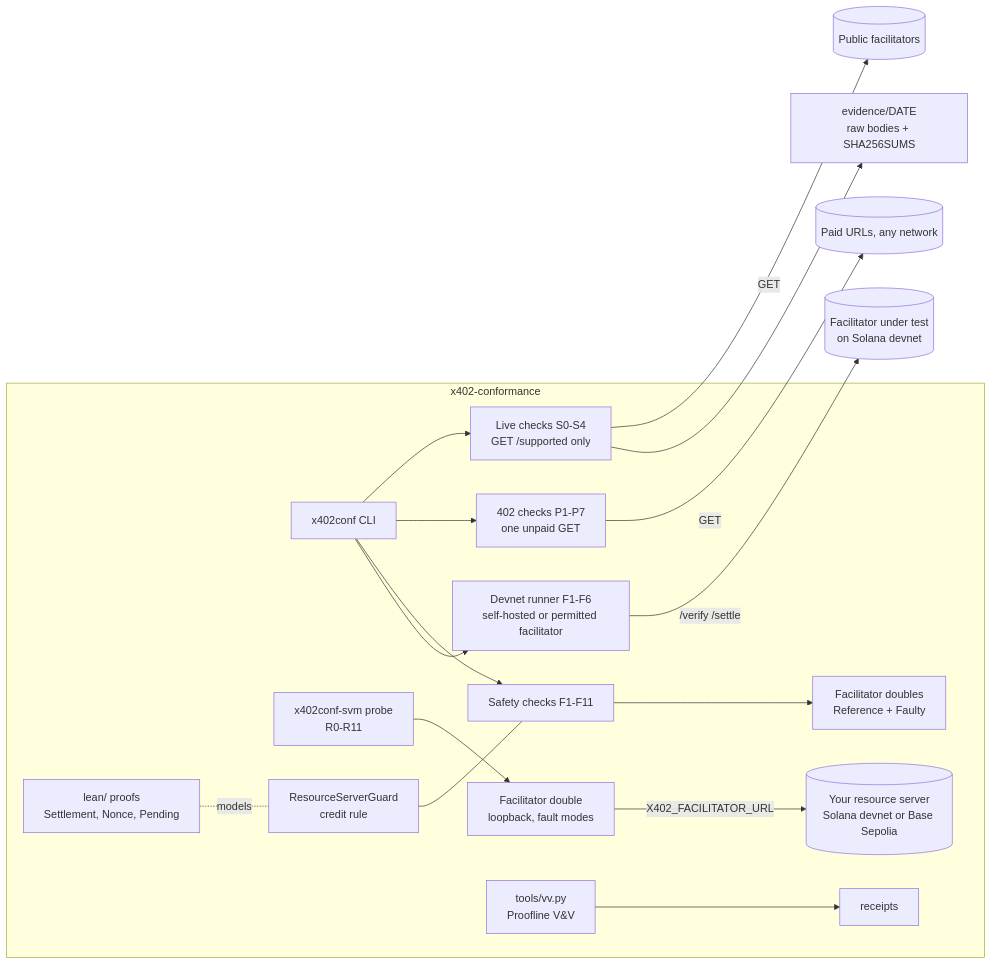
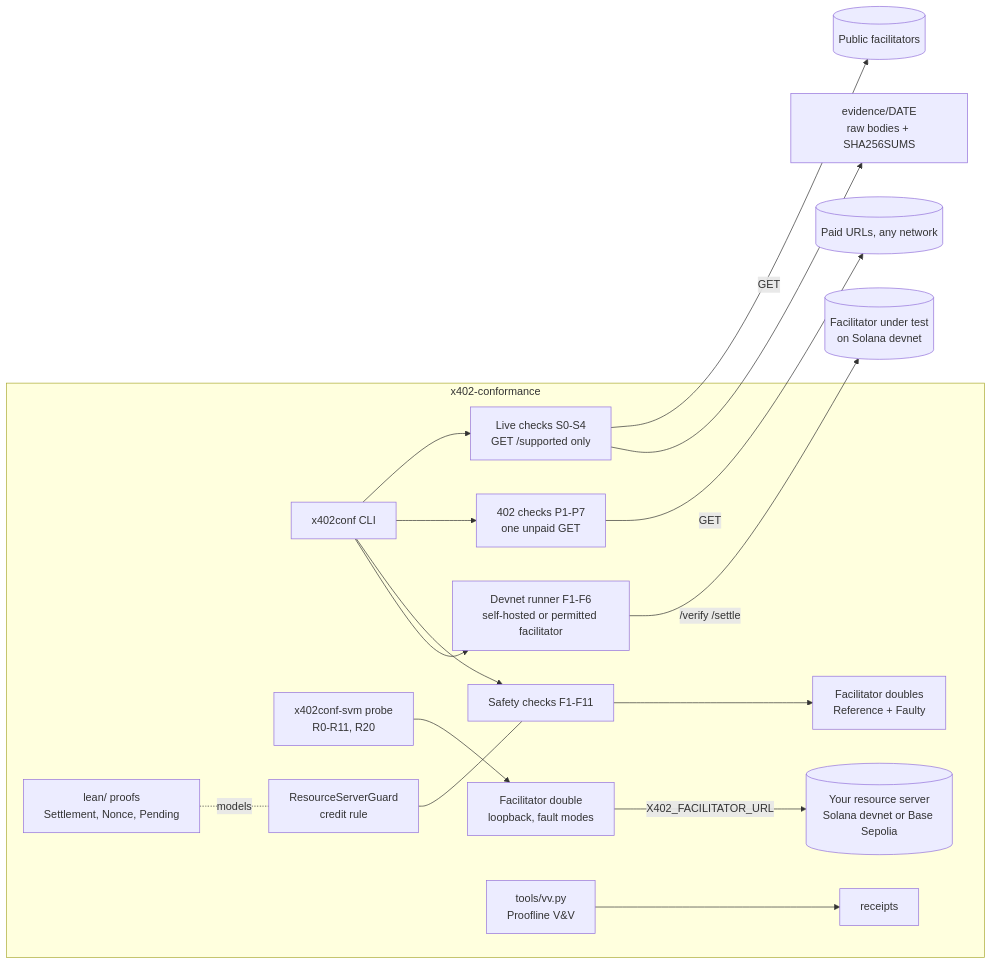
Before and after one commit to actions-marketplace-validations/atsp-protocol_x402-conformance: the diagram in docs/ARCHITECTURE.md, drawn with Mermaid. The commit also changed other lines of this file and 22 other files, not shown here.

````diff
--- a/docs/ARCHITECTURE.md
+++ b/docs/ARCHITECTURE.md
@@ -5,19 +5,19 @@
 ```mermaid
 flowchart LR
   subgraph suite[x402-conformance]
     CLI[x402conf CLI] --> LIVE[Live checks S0-S4<br/>GET /supported only]
     CLI --> RES[402 checks P1-P7<br/>one unpaid GET]
-    PROBE[x402conf-svm probe<br/>R0-R11] --> DBL[Facilitator double<br/>loopback, fault modes]
+    PROBE[x402conf-svm probe<br/>R0-R11, R20] --> DBL[Facilitator double<br/>loopback, fault modes]
     DBL -->|X402_FACILITATOR_URL| RS[(Your resource server<br/>Solana devnet or Base Sepolia)]
     CLI --> OFF[Safety checks F1-F11]
     OFF --> DOUBLES[Facilitator doubles<br/>Reference + Faulty]
     CLI --> DEVNET[Devnet runner F1-F6<br/>self-hosted or permitted facilitator]
     GUARD[ResourceServerGuard<br/>credit rule] --- OFF
     LEAN[lean/ proofs<br/>Settlement, Nonce, Pending] -. models .- GUARD
     VV[tools/vv.py<br/>Proofline V&V] --> RCPT[receipts]
   end
   LIVE -->|GET| PUB[(Public facilitators)]
   RES -->|GET| PAID[(Paid URLs, any network)]
   DEVNET -->|/verify /settle| OWN[(Facilitator under test<br/>on Solana devnet)]
   LIVE --> EVID[evidence/DATE<br/>raw bodies + SHA256SUMS]
 ```
````
